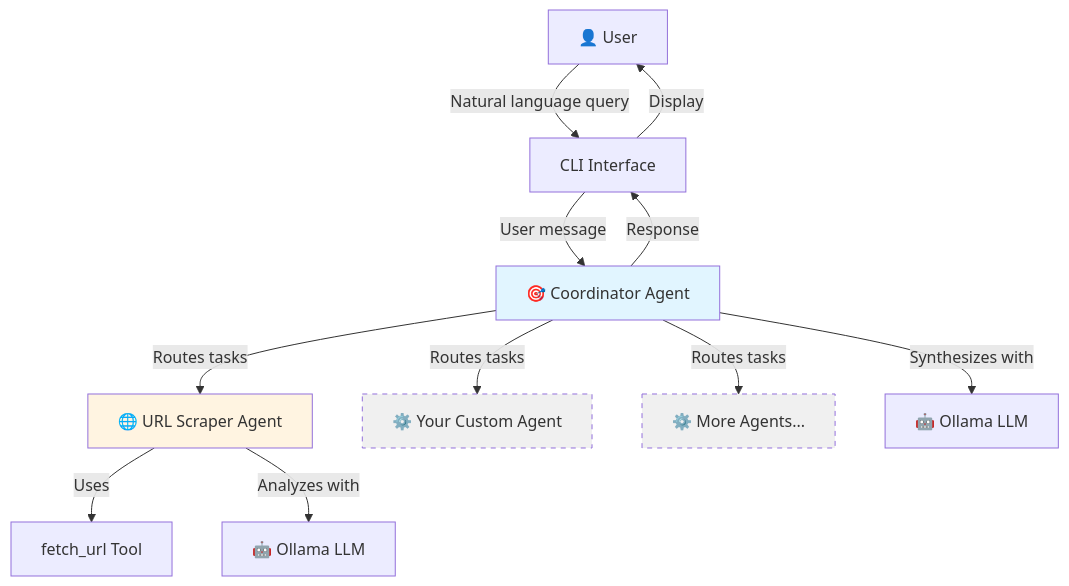
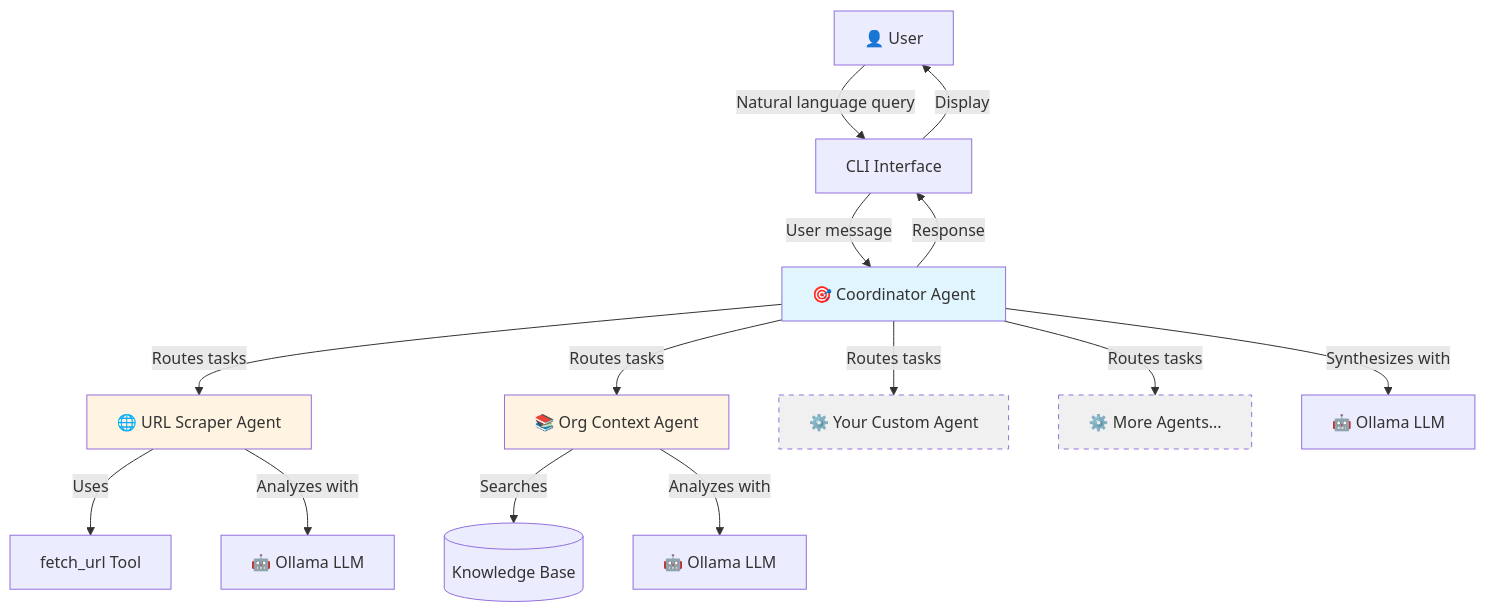
One commit to epopisces/agent-workflow-template changed the diagram in README.md. Above: the diagram before and after it, drawn with Mermaid. The commit also changed other lines of this file, not shown here.

````diff
--- a/README.md
+++ b/README.md
@@ -22,22 +22,27 @@
 ```mermaid
 graph TB
     User[👤 User] -->|Natural language query| CLI[CLI Interface]
     CLI -->|User message| Coordinator[🎯 Coordinator Agent]
     
     Coordinator -->|Routes tasks| URLScraper[🌐 URL Scraper Agent]
+    Coordinator -->|Routes tasks| OrgContext[📚 Org Context Agent]
     Coordinator -->|Routes tasks| CustomAgent1[⚙️ Your Custom Agent]
     Coordinator -->|Routes tasks| CustomAgentN[⚙️ More Agents...]
     
     URLScraper -->|Uses| FetchTool[fetch_url Tool]
     URLScraper -->|Analyzes with| Ollama1[🤖 Ollama LLM]
     
-    Coordinator -->|Synthesizes with| Ollama2[🤖 Ollama LLM]
+    OrgContext -->|Searches| KnowledgeBase[(Knowledge Base)]
+    OrgContext -->|Analyzes with| Ollama2[🤖 Ollama LLM]
+    
+    Coordinator -->|Synthesizes with| Ollama3[🤖 Ollama LLM]
     
     Coordinator -->|Response| CLI
     CLI -->|Display| User
     
     style Coordinator fill:#e1f5ff
     style URLScraper fill:#fff4e1
+    style OrgContext fill:#fff4e1
     style CustomAgent1 fill:#f0f0f0,stroke-dasharray: 5 5
     style CustomAgentN fill:#f0f0f0,stroke-dasharray: 5 5
 ```
````
